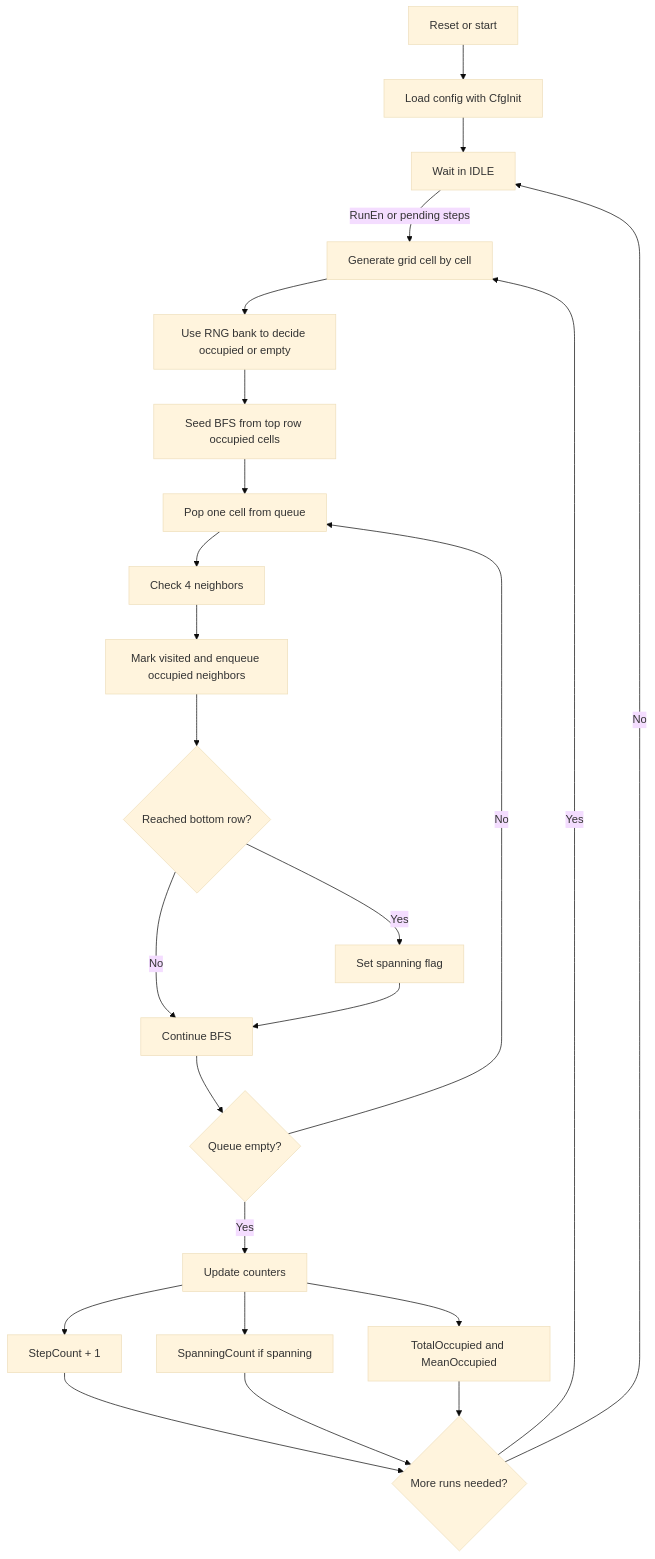
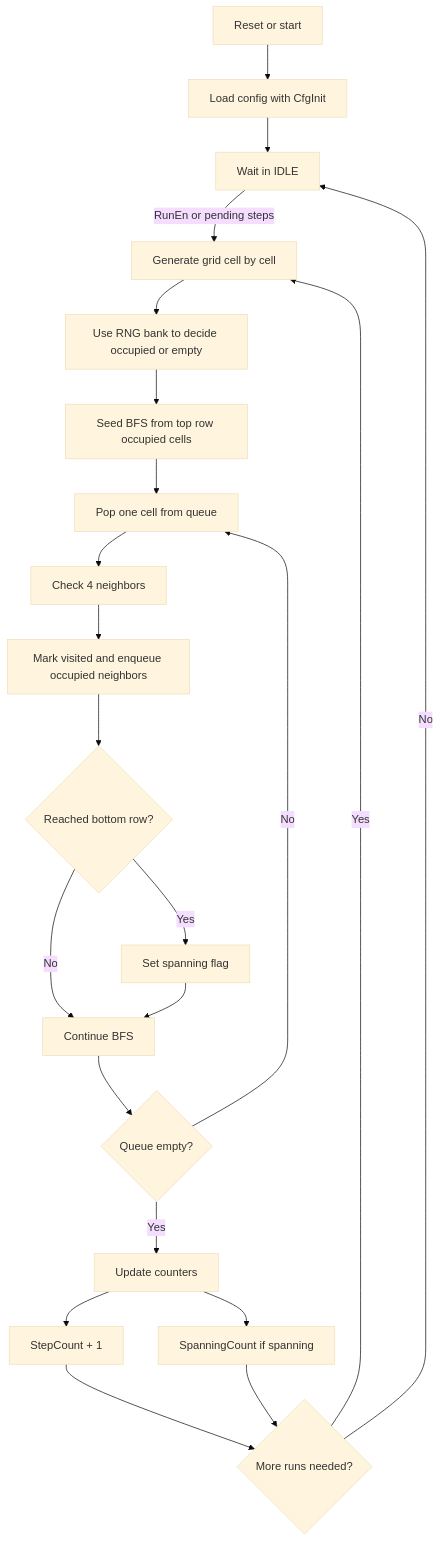
The diagram in project/percolation_core/percolation_core_schema.md (tusca99/FPGA-project), drawn with Mermaid (base theme) before and after one commit. The commit also changed other lines of this file and 30 other files, not shown here.

````diff
--- a/project/percolation_core/percolation_core_schema.md
+++ b/project/percolation_core/percolation_core_schema.md
@@ -142,26 +142,24 @@
 ```mermaid
 flowchart TD
     A[Reset or start] --> B[Load config with CfgInit]
     B --> C[Wait in IDLE]
     C -->|RunEn or pending steps| D[Generate grid cell by cell]
     D --> E[Use RNG bank to decide occupied or empty]
     E --> F[Seed BFS from top row occupied cells]
     F --> G[Pop one cell from queue]
     G --> H[Check 4 neighbors]
     H --> I[Mark visited and enqueue occupied neighbors]
     I --> J{Reached bottom row?}
     J -->|Yes| K[Set spanning flag]
     J -->|No| L[Continue BFS]
     K --> L
     L --> M{Queue empty?}
     M -->|No| G
     M -->|Yes| N[Update counters]
     N --> O[StepCount + 1]
     N --> P[SpanningCount if spanning]
-    N --> Q[TotalOccupied and MeanOccupied]
     O --> R{More runs needed?}
     P --> R
-    Q --> R
     R -->|Yes| D
     R -->|No| C
 ```
````
